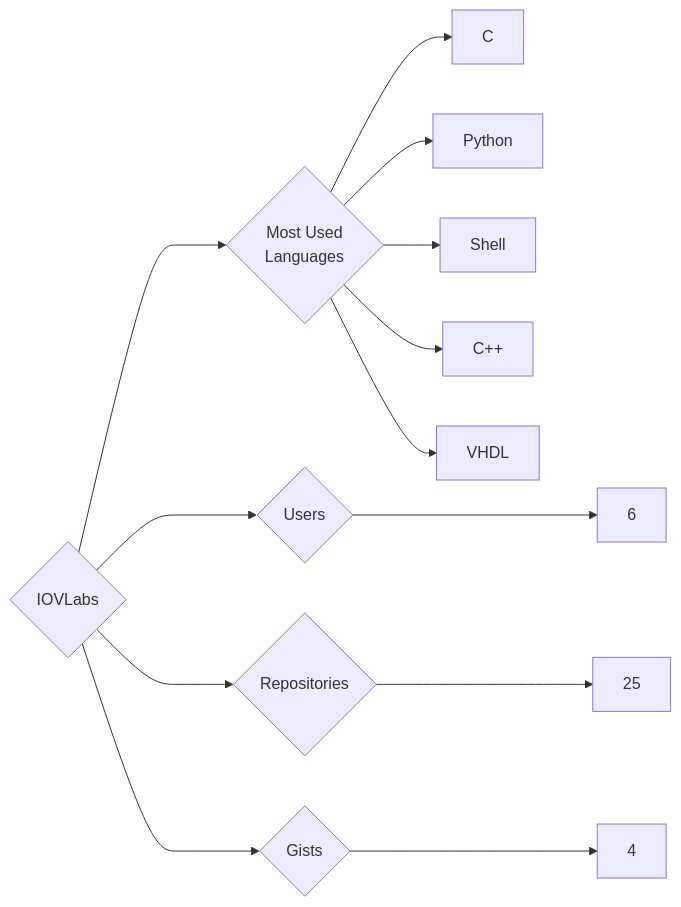
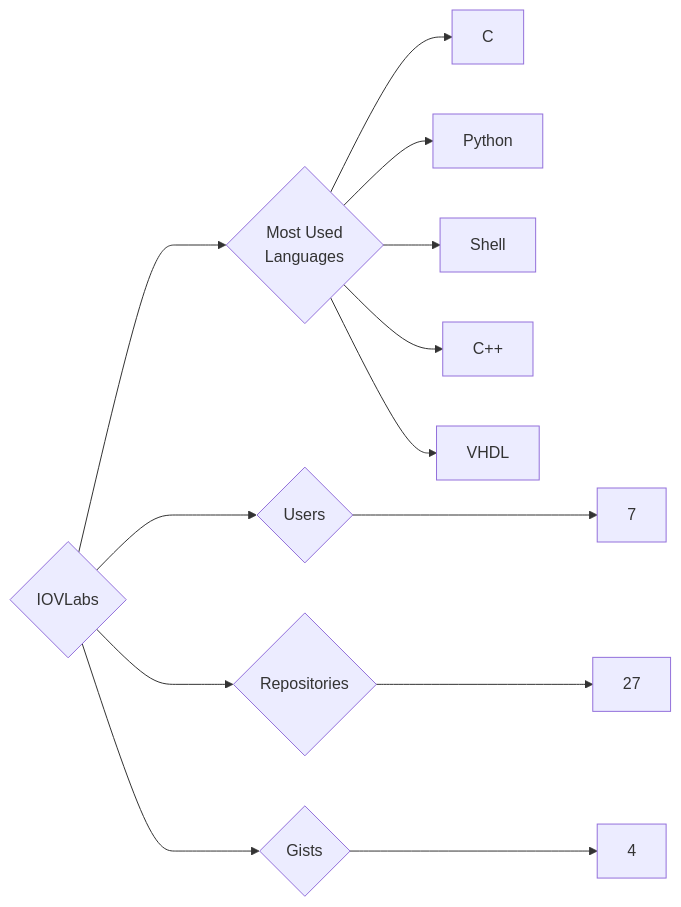
The diagram in targets/IOVLabs/README.md (trickest/insiders), drawn with Mermaid before and after one commit. The commit also changed 1023 other files, not shown here.

````diff
--- a/targets/IOVLabs/README.md
+++ b/targets/IOVLabs/README.md
@@ -3,13 +3,13 @@
 ```mermaid
 graph LR
 COMPANY_NAME{IOVLabs}
-COMPANY_NAME ---> U{Users} ---> UN[6]
-COMPANY_NAME ---> R{Repositories} ---> RN[25]
+COMPANY_NAME ---> U{Users} ---> UN[7]
+COMPANY_NAME ---> R{Repositories} ---> RN[27]
 COMPANY_NAME ---> G{Gists} ---> GN[4]
 COMPANY_NAME ---> ML{Most Used<br>Languages}
 ML --> C[C]
 ML --> Python[Python]
 ML --> Shell[Shell]
 ML --> C++[C++]
 ML --> VHDL[VHDL]
 ```
````
